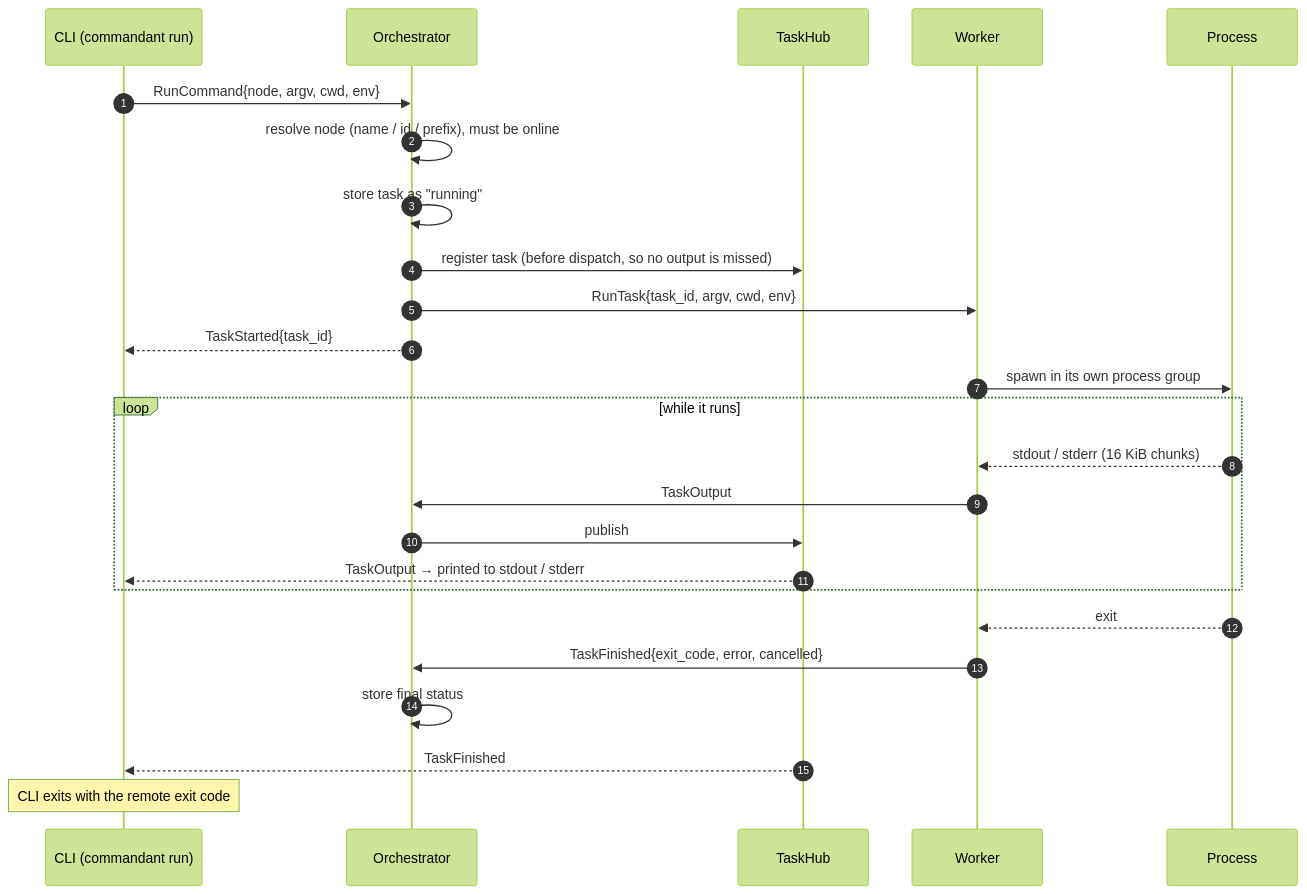
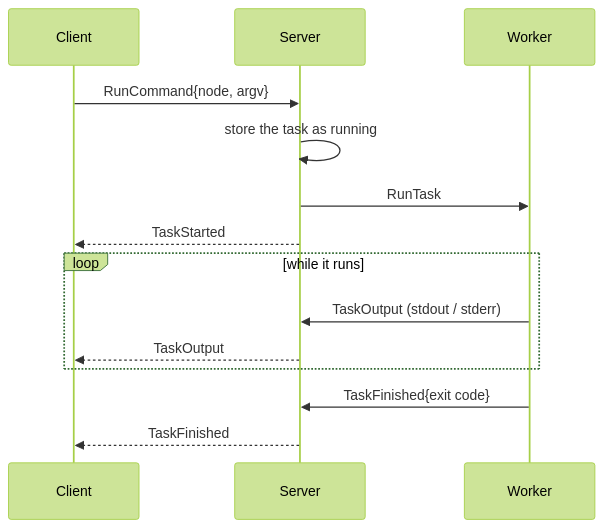
One commit to EwenSellitto/Commandant changed the third of 3 diagrams in docs/architecture.md. Above: the diagram before and after it, drawn with Mermaid (forest theme). The commit also changed other lines of this file and 2 other files, not shown here.

````diff
--- a/docs/architecture.md
+++ b/docs/architecture.md
@@ -180,28 +86,16 @@
 ```mermaid
 sequenceDiagram
-    autonumber
-    participant C as CLI (commandant run)
-    participant O as Orchestrator
-    participant H as TaskHub
+    participant C as Client
+    participant S as Server
     participant W as Worker
-    participant P as Process
-
-    C->>O: RunCommand{node, argv, cwd, env}
-    O->>O: resolve node (name / id / prefix), must be online
-    O->>O: store task as "running"
-    O->>H: register task (before dispatch, so no output is missed)
-    O->>W: RunTask{task_id, argv, cwd, env}
-    O-->>C: TaskStarted{task_id}
-    W->>P: spawn in its own process group
+    C->>S: RunCommand{node, argv}
+    S->>S: store the task as running
+    S->>W: RunTask
+    S-->>C: TaskStarted
     loop while it runs
-        P-->>W: stdout / stderr (16 KiB chunks)
-        W->>O: TaskOutput
-        O->>H: publish
-        H-->>C: TaskOutput → printed to stdout / stderr
+        W->>S: TaskOutput (stdout / stderr)
+        S-->>C: TaskOutput
     end
-    P-->>W: exit
-    W->>O: TaskFinished{exit_code, error, cancelled}
-    O->>O: store final status
-    H-->>C: TaskFinished
-    Note over C: CLI exits with the remote exit code
+    W->>S: TaskFinished{exit code}
+    S-->>C: TaskFinished
 ```
````
